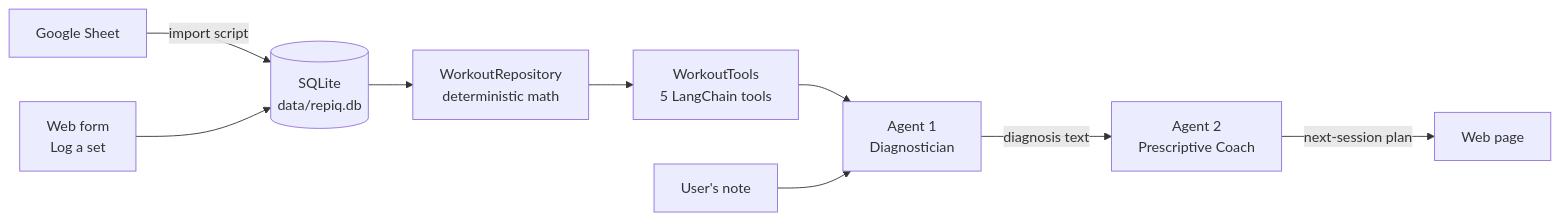
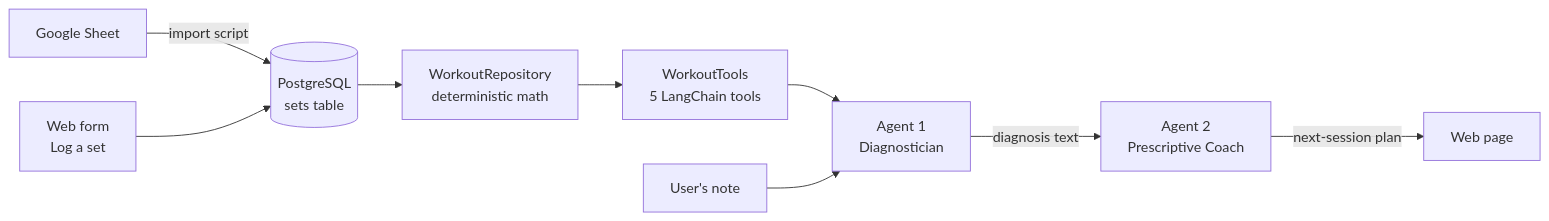
Before and after one commit to Rudraraj8606/RepAi: the diagram in README.md, drawn with Mermaid. The commit also changed other lines of this file and 15 other files, not shown here.

First line of the commit message:
Switch database from SQLite to PostgreSQL

````diff
--- a/README.md
+++ b/README.md
@@ -28,11 +28,11 @@
 ```mermaid
 flowchart LR
-    S[Google Sheet] -->|import script| DB[(SQLite<br/>data/repiq.db)]
+    S[Google Sheet] -->|import script| DB[(PostgreSQL<br/>sets table)]
     F[Web form<br/>Log a set] --> DB
     DB --> R[WorkoutRepository<br/>deterministic math]
     R --> T[WorkoutTools<br/>5 LangChain tools]
     T --> A1[Agent 1<br/>Diagnostician]
     N[User's note] --> A1
     A1 -->|diagnosis text| A2[Agent 2<br/>Prescriptive Coach]
     A2 -->|next-session plan| W[Web page]
 ```
````
